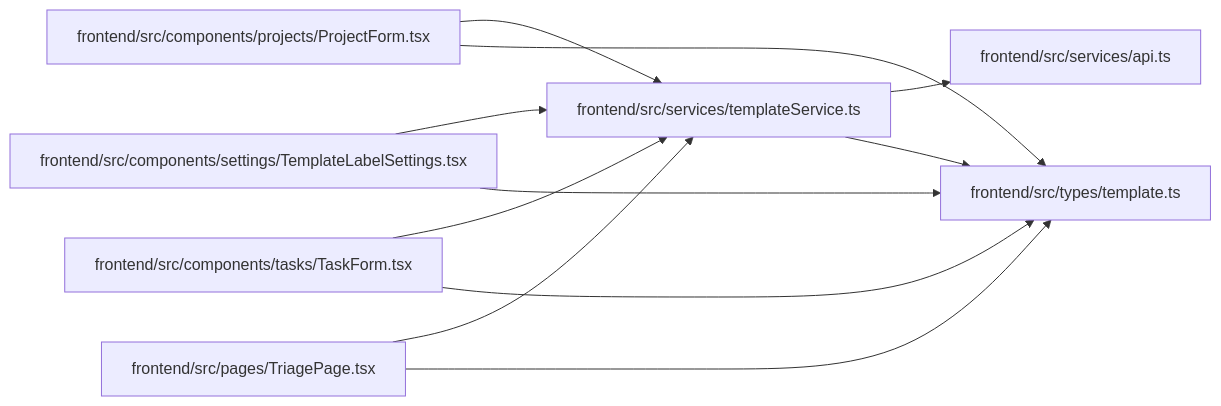
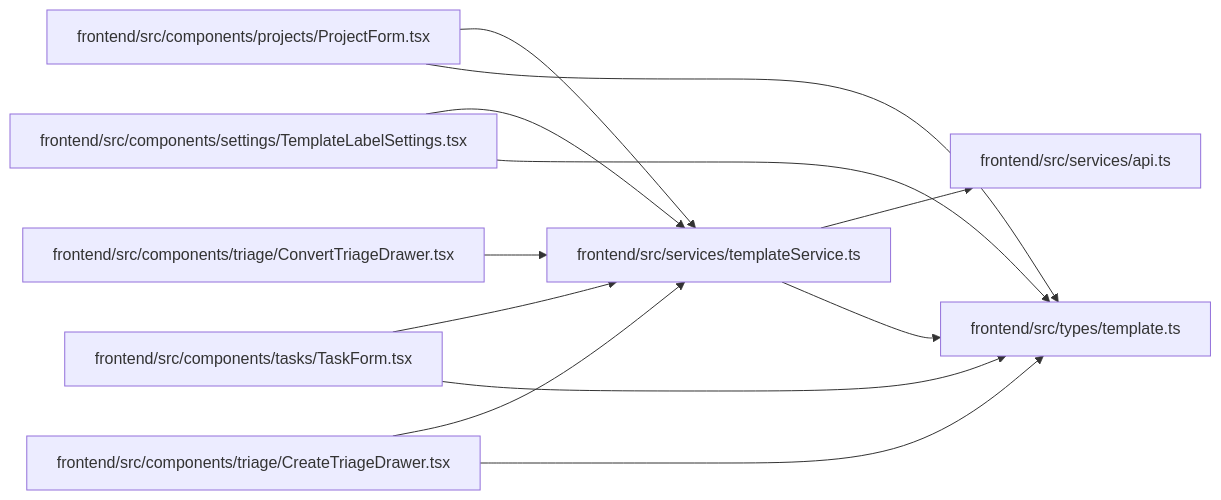
The diagram in docs/llm_wiki/modules/templateService.md (Denissvgn/WorkChord), drawn with Mermaid before and after one commit. The commit also changed other lines of this file and 2373 other files, not shown here.

````diff
--- a/docs/llm_wiki/modules/templateService.md
+++ b/docs/llm_wiki/modules/templateService.md
@@ -28,27 +28,30 @@
 ```mermaid
 flowchart LR
     n0["frontend/src/components/projects/ProjectForm.tsx"]
     n1["frontend/src/components/settings/TemplateLabelSettings.tsx"]
     n2["frontend/src/components/tasks/TaskForm.tsx"]
-    n3["frontend/src/pages/TriagePage.tsx"]
-    n4["frontend/src/services/api.ts"]
-    n5["frontend/src/services/templateService.ts"]
-    n6["frontend/src/types/template.ts"]
-    n0 --> n5
+    n3["frontend/src/components/triage/ConvertTriageDrawer.tsx"]
+    n4["frontend/src/components/triage/CreateTriageDrawer.tsx"]
+    n5["frontend/src/services/api.ts"]
+    n6["frontend/src/services/templateService.ts"]
+    n7["frontend/src/types/template.ts"]
     n0 --> n6
-    n1 --> n5
+    n0 --> n7
     n1 --> n6
-    n2 --> n5
+    n1 --> n7
     n2 --> n6
-    n3 --> n5
+    n2 --> n7
     n3 --> n6
-    n5 --> n4
-    n5 --> n6
+    n4 --> n6
+    n4 --> n7
+    n6 --> n5
+    n6 --> n7
     click n0 "../modules/ProjectForm.md"
     click n1 "../modules/TemplateLabelSettings.md"
     click n2 "../modules/TaskForm.md"
-    click n3 "../modules/TriagePage.md"
-    click n4 "../modules/api.md"
-    click n5 "../modules/templateService.md"
-    click n6 "../modules/types_template.md"
+    click n3 "../modules/ConvertTriageDrawer.md"
+    click n4 "../modules/CreateTriageDrawer.md"
+    click n5 "../modules/api.md"
+    click n6 "../modules/templateService.md"
+    click n7 "../modules/types_template.md"
 ```
````
